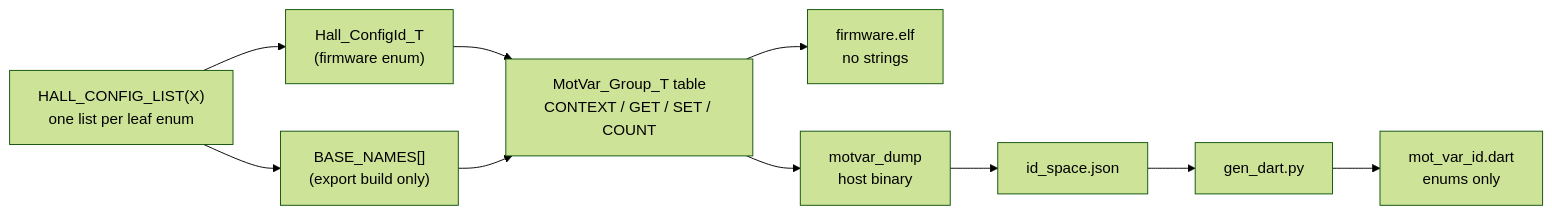
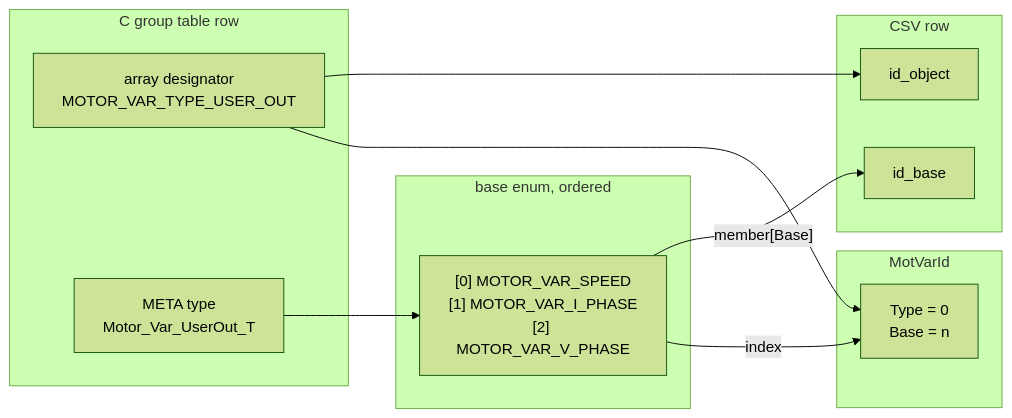
The second of 2 diagrams in Docs/Conventions/Notes.md (FireSourcery/FireSourcery_Library), drawn with Mermaid (forest theme) before and after one commit. The commit also changed 14 other files, not shown here.

`````diff
--- a/Docs/Conventions/Notes.md
+++ b/Docs/Conventions/Notes.md
@@ -19,12 +19,22 @@
 ```mermaid
 flowchart LR
-    L["HALL_CONFIG_LIST(X)<br/>one list per leaf enum"] --> E["Hall_ConfigId_T<br/>(firmware enum)"]
-    L --> N["BASE_NAMES[]<br/>(export build only)"]
-    E --> T["MotVar_Group_T table<br/>CONTEXT / GET / SET / COUNT"]
-    N --> T
-    T --> FW["firmware.elf<br/>no strings"]
-    T --> D["motvar_dump<br/>host binary"]
-    D --> J["id_space.json"]
-    J --> G["gen_dart.py"]
-    G --> DA["mot_var_id.dart<br/>enums only"]
-```
+    subgraph C["C group table row"]
+      D["array designator<br/>MOTOR_VAR_TYPE_USER_OUT"]
+      T["META type<br/>Motor_Var_UserOut_T"]
+    end
+    subgraph E["base enum, ordered"]
+      M["[0] MOTOR_VAR_SPEED<br/>[1] MOTOR_VAR_I_PHASE<br/>[2] MOTOR_VAR_V_PHASE"]
+    end
+    subgraph V["MotVarId"]
+      W["Type = 0<br/>Base = n"]
+    end
+    subgraph S["CSV row"]
+      O["id_object"]
+      B["id_base"]
+    end
+    D --> O
+    D --> W
+    T --> M
+    M -- "member[Base]" --> B
+    M -- "index" --> W
+````
`````
